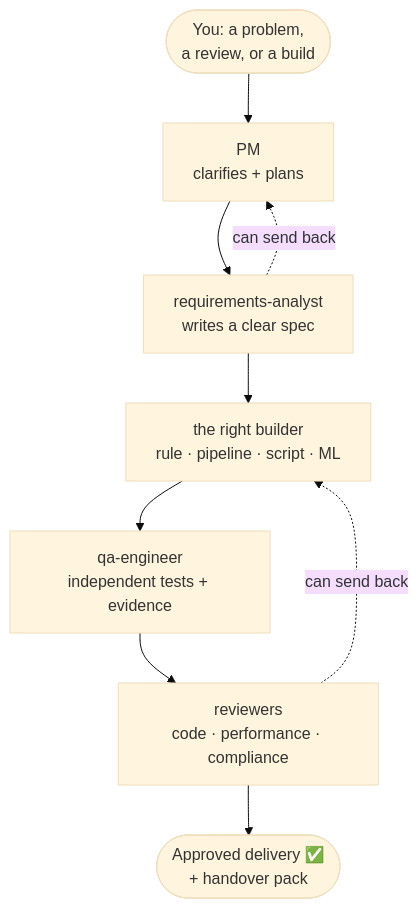
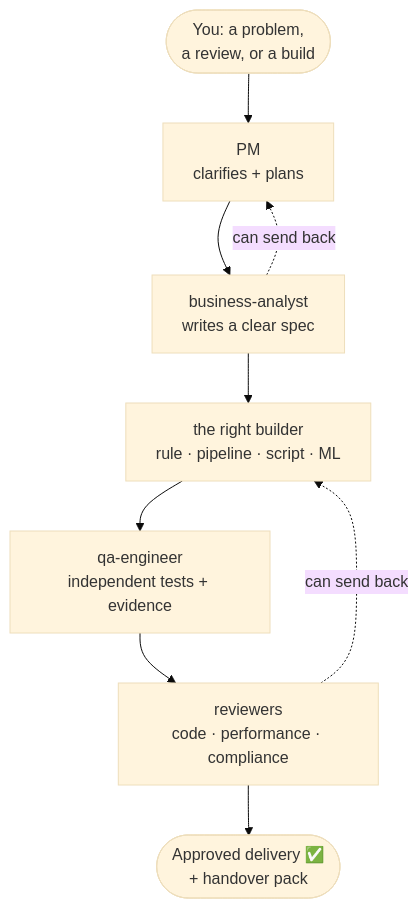
The first of 2 diagrams in docs/OVERVIEW.md (danieledge/virtual-surv-IT), drawn with Mermaid (base theme) before and after one commit. The commit also changed other lines of this file and 26 other files, not shown here.

First line of the commit message:
Phase 2 (DA/BA expansion): business-analyst (BABOK) + BA/DA skills & templates

````diff
--- a/docs/OVERVIEW.md
+++ b/docs/OVERVIEW.md
@@ -98,11 +98,11 @@
 ```mermaid
 flowchart TD
     You([You: a problem,<br/>a review, or a build]) --> PM[PM<br/>clarifies + plans]
-    PM --> RA[requirements-analyst<br/>writes a clear spec]
+    PM --> RA[business-analyst<br/>writes a clear spec]
     RA --> Build[the right builder<br/>rule · pipeline · script · ML]
     Build --> QA[qa-engineer<br/>independent tests + evidence]
     QA --> Rev[reviewers<br/>code · performance · compliance]
     Rev --> Done([Approved delivery ✅<br/>+ handover pack])
     RA -. can send back .-> PM
     Rev -. can send back .-> Build
 ```
````
